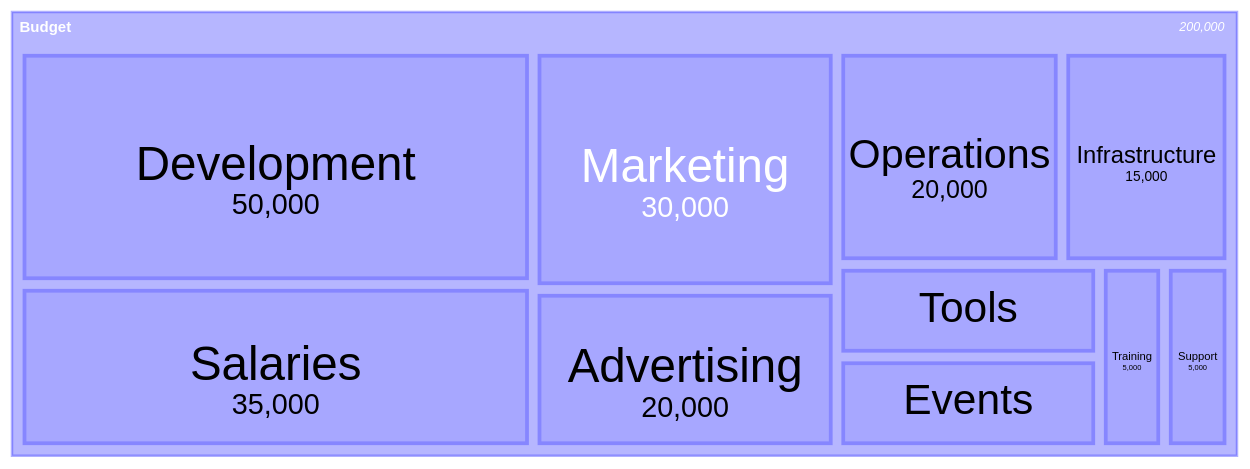
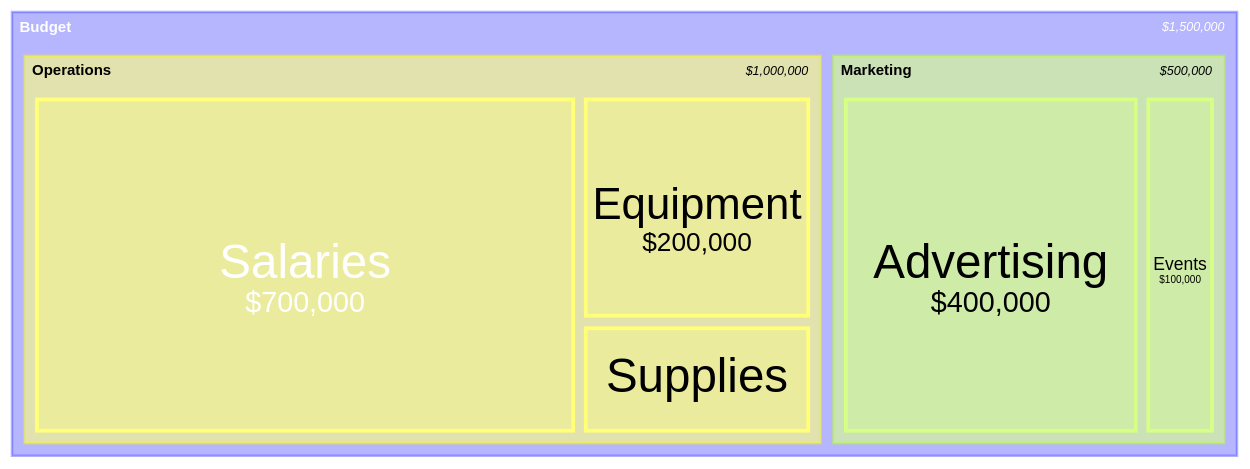
The seventh of 9 diagrams in skills/mermaid/examples/treemap.md (teachingai/full-stack-skills), drawn with Mermaid before and after one commit. The commit also changed other lines of this file and 21 other files, not shown here.

First line of the commit message:
docs(mermaid): 更新架构、块、C4和类图示例文档

````diff
--- a/skills/mermaid/examples/treemap.md
+++ b/skills/mermaid/examples/treemap.md
@@ -84,14 +124,16 @@
 ```mermaid
+---
+config:
+  treemap:
+    valueFormat: '$0,0'
+---
 treemap-beta
 "Budget"
-    "Development": 50000
-        "Salaries": 35000
-        "Tools": 10000
-        "Training": 5000
-    "Marketing": 30000
-        "Advertising": 20000
-        "Events": 10000
-    "Operations": 20000
-        "Infrastructure": 15000
-        "Support": 5000
+    "Operations"
+        "Salaries": 700000
+        "Equipment": 200000
+        "Supplies": 100000
+    "Marketing"
+        "Advertising": 400000
+        "Events": 100000
 ```
````
